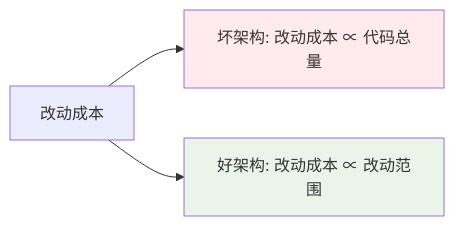
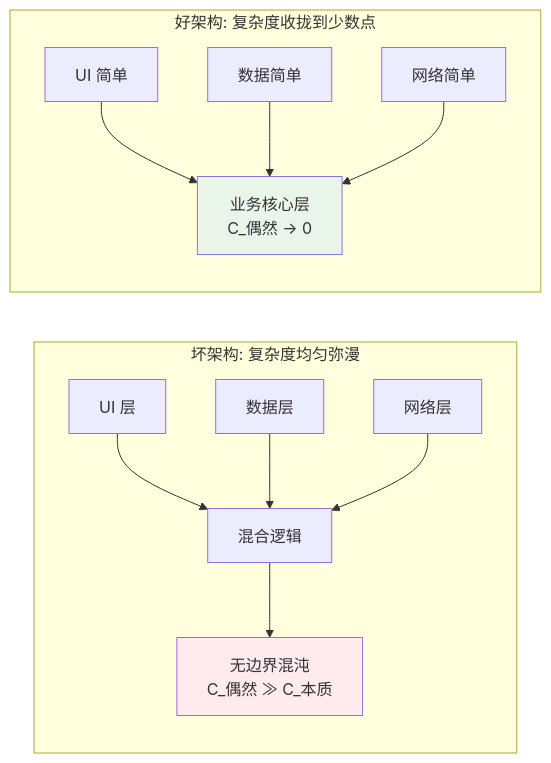
Before and after one commit to chongyang211/YCBookBlog: the third of 12 diagrams in docs/10.真经/05.方案设计思想/01.通用架构设计方案.md, drawn with Mermaid. The commit also changed other lines of this file and 36 other files, not shown here.

````diff
--- a/docs/10.真经/05.方案设计思想/01.通用架构设计方案.md
+++ b/docs/10.真经/05.方案设计思想/01.通用架构设计方案.md
@@ -141,8 +227,19 @@
 ```mermaid
 graph LR
-    A[改动成本] --> B[坏架构: 改动成本 ∝ 代码总量]
-    A --> C[好架构: 改动成本 ∝ 改动范围]
+    subgraph "坏架构: 复杂度均匀弥漫"
+        A1[UI 层] --> M1[混合逻辑]
+        A2[数据层] --> M1
+        A3[网络层] --> M1
+        M1 --> Chaos[无边界混沌<br/>C_偶然 ≫ C_本质]
+    end
     
-    style B fill:#ffebee
-    style C fill:#e8f5e8
+    subgraph "好架构: 复杂度收拢到少数点"
+        B1[UI 简单] 
+        B2[数据简单]
+        B3[网络简单]
+        B1 & B2 & B3 --> Core[业务核心层<br/>C_偶然 → 0]
+    end
+    
+    style Chaos fill:#ffebee
+    style Core fill:#e8f5e8
 ```
````
